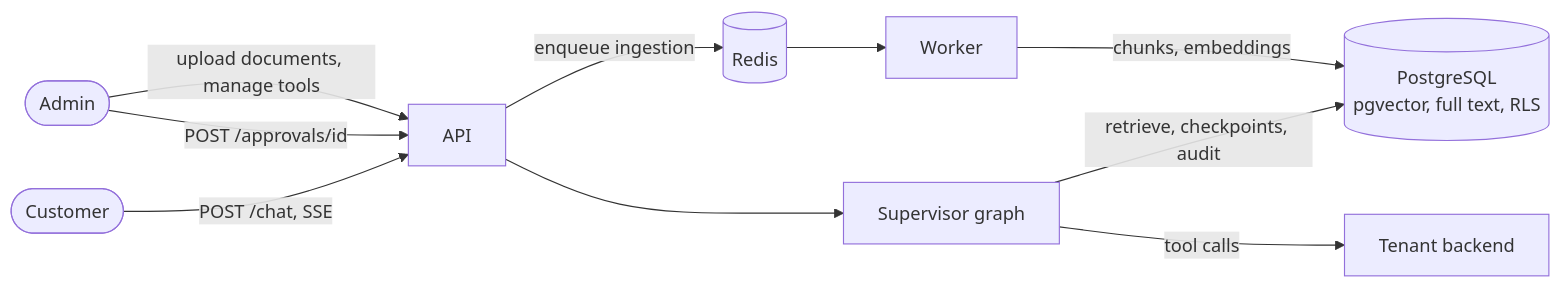
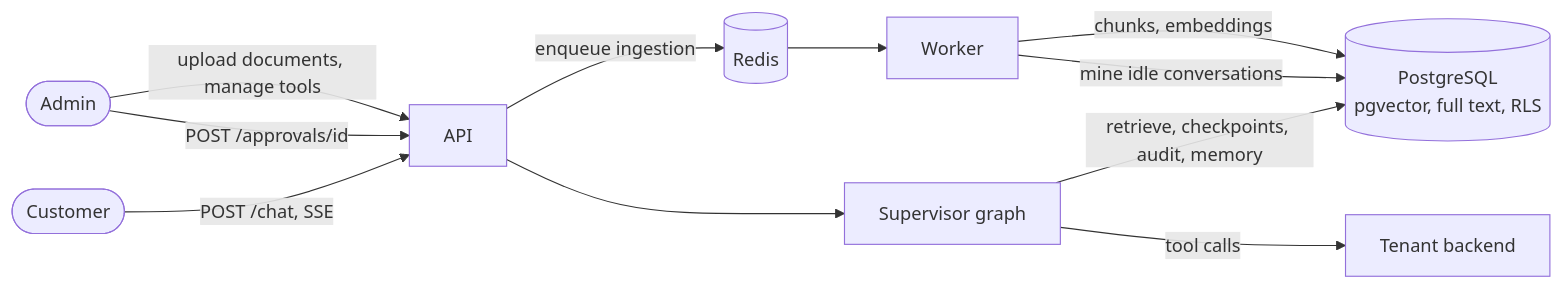
One commit to bartuonder/Mabeyn changed the first of 5 diagrams in docs/architecture.md. Above: the diagram before and after it, drawn with Mermaid. The commit also changed other lines of this file and 1 other file, not shown here.

Commit message:
docs: describe memory in the architecture page and generate its settings

````diff
--- a/docs/architecture.md
+++ b/docs/architecture.md
@@ -7,12 +7,13 @@
 ```mermaid
 flowchart LR
     Admin([Admin]) -->|upload documents, manage tools| API
     API -->|enqueue ingestion| Redis[(Redis)]
     Redis --> Worker
     Worker -->|chunks, embeddings| PG[(PostgreSQL<br/>pgvector, full text, RLS)]
     Customer([Customer]) -->|POST /chat, SSE| API
     API --> Supervisor[Supervisor graph]
-    Supervisor -->|retrieve, checkpoints, audit| PG
+    Supervisor -->|retrieve, checkpoints, audit, memory| PG
+    Worker -->|mine idle conversations| PG
     Supervisor -->|tool calls| Shop[Tenant backend]
     Admin -->|POST /approvals/id| API
 ```
````
